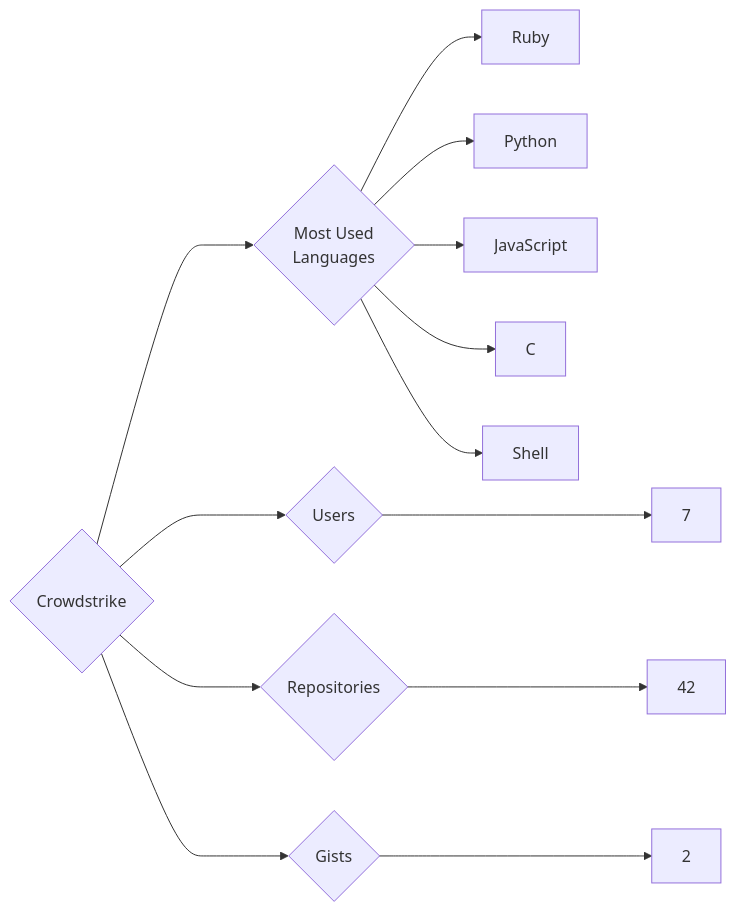
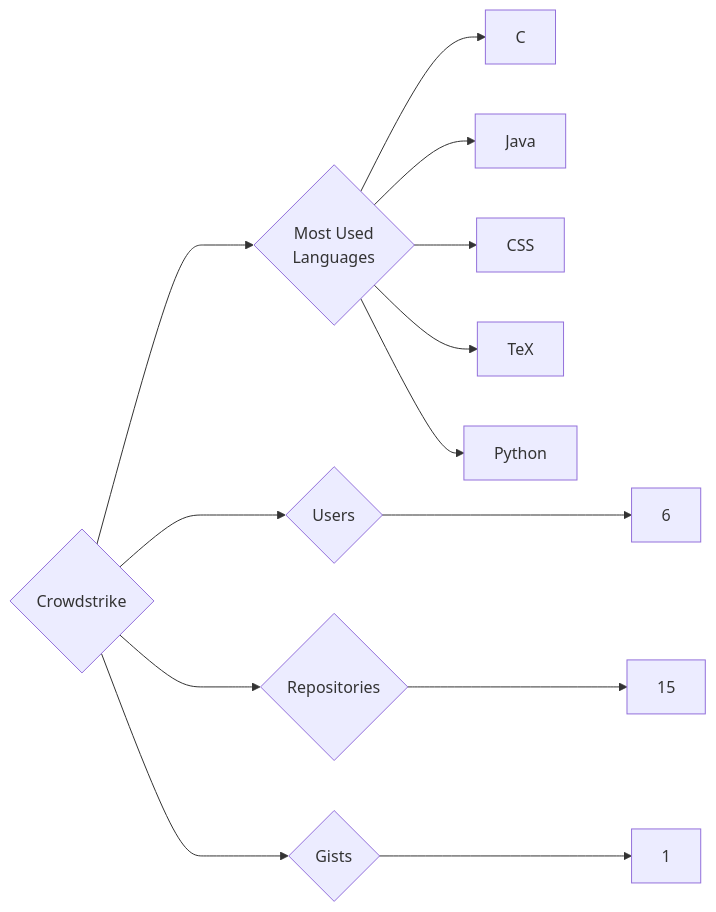
Before and after one commit to trickest/insiders: the diagram in targets/Crowdstrike/README.md, drawn with Mermaid. The commit also changed 857 other files, not shown here.

````diff
--- a/targets/Crowdstrike/README.md
+++ b/targets/Crowdstrike/README.md
@@ -3,13 +3,13 @@
 ```mermaid
 graph LR
 COMPANY_NAME{Crowdstrike}
-COMPANY_NAME ---> U{Users} ---> UN[7]
-COMPANY_NAME ---> R{Repositories} ---> RN[42]
-COMPANY_NAME ---> G{Gists} ---> GN[2]
+COMPANY_NAME ---> U{Users} ---> UN[6]
+COMPANY_NAME ---> R{Repositories} ---> RN[15]
+COMPANY_NAME ---> G{Gists} ---> GN[1]
 COMPANY_NAME ---> ML{Most Used<br>Languages}
-ML --> Ruby[Ruby]
+ML --> C[C]
+ML --> Java[Java]
+ML --> CSS[CSS]
+ML --> TeX[TeX]
 ML --> Python[Python]
-ML --> JavaScript[JavaScript]
-ML --> C[C]
-ML --> Shell[Shell]
 ```
````
